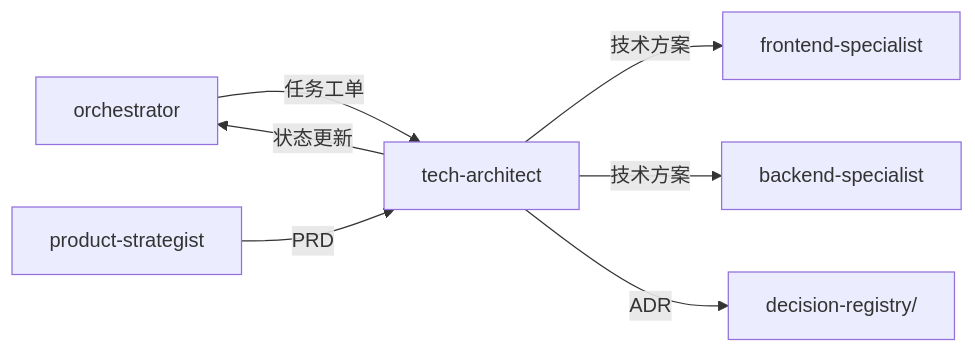
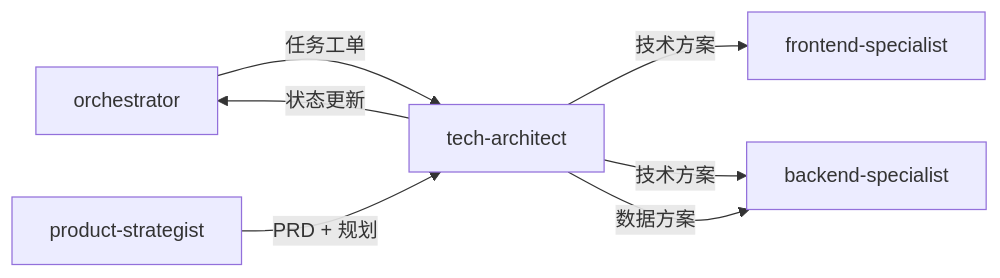
Before and after one commit to Tooooommy/Trae-Workflow: the second of 2 diagrams in skills/tech-architect/SKILL.md, drawn with Mermaid. The commit also changed other lines of this file and 5 other files, not shown here.

Commit message:
refactor(tech-architect): 优化技术选型流程，更新模板结构

````diff
--- a/skills/tech-architect/SKILL.md
+++ b/skills/tech-architect/SKILL.md
@@ -86,9 +224,9 @@
 ```mermaid
 flowchart LR
     A[orchestrator] -->|任务工单| B[tech-architect]
-    C[product-strategist] -->|PRD| B
+    C[product-strategist] -->|PRD + 规划| B
     B -->|技术方案| D[frontend-specialist]
     B -->|技术方案| E[backend-specialist]
-    B -->|ADR| F[decision-registry/]
+    B -->|数据方案| E
     B -->|状态更新| A
 ```
````
